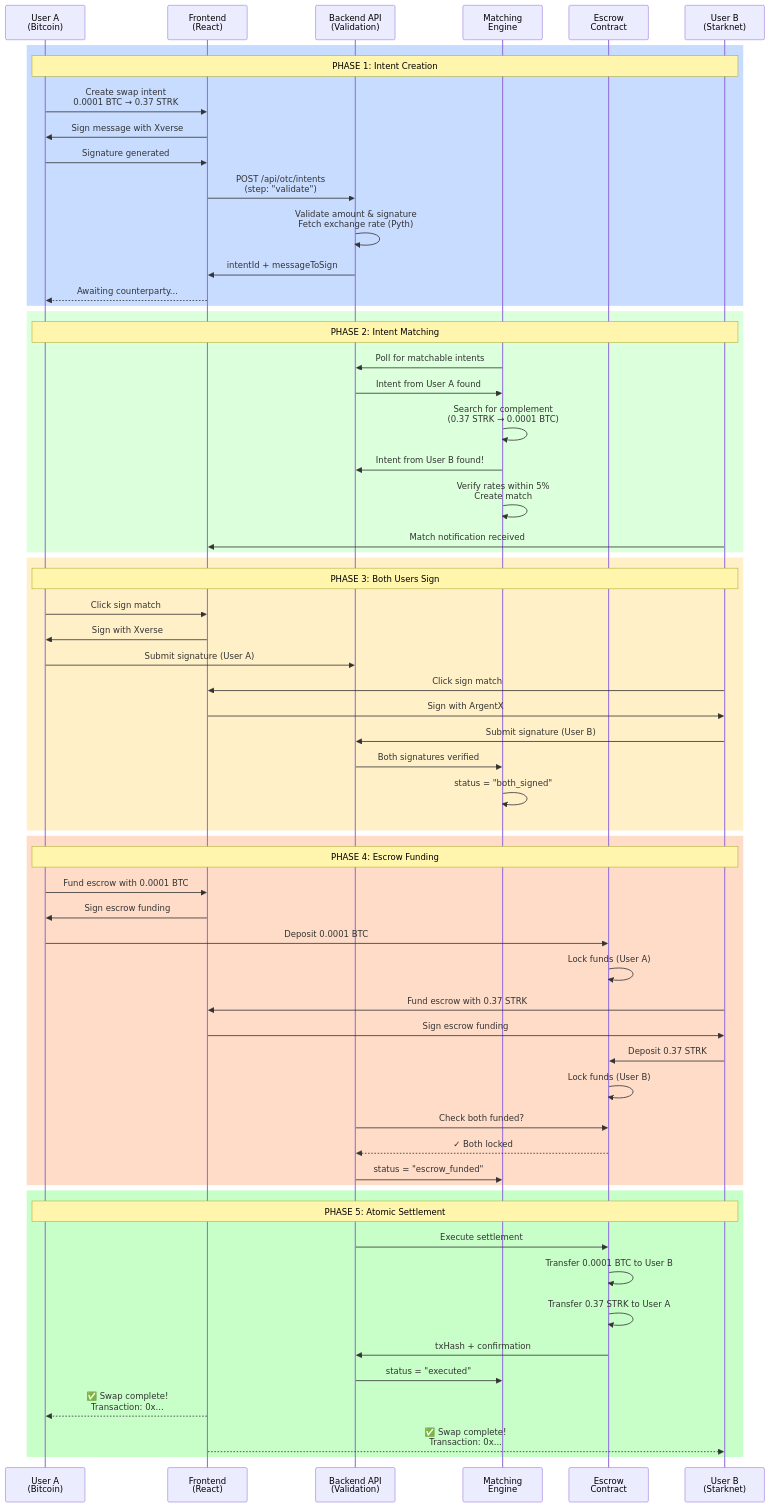
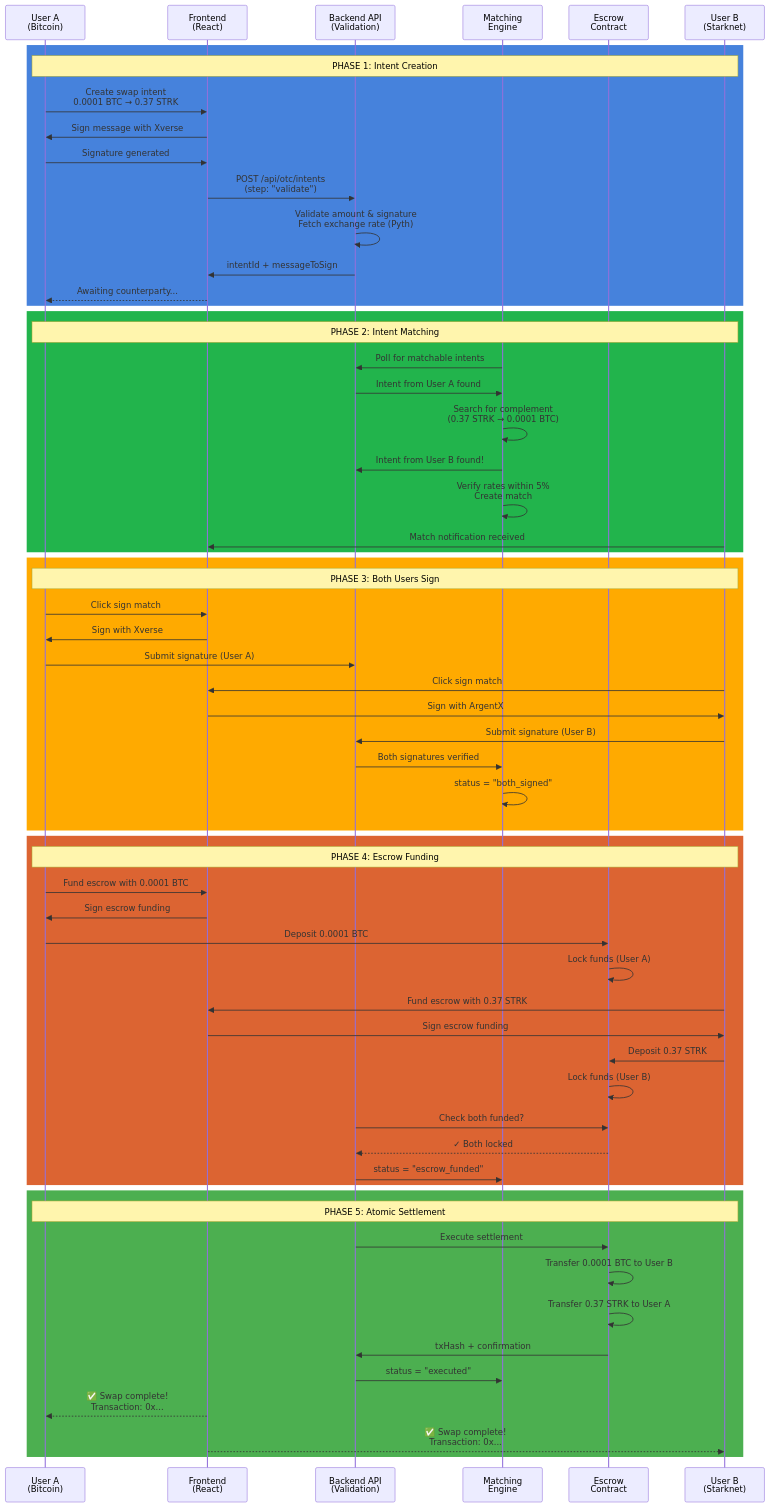
The first of 6 diagrams in README.md (AZAR2305/shadowflow-btc), drawn with Mermaid before and after one commit.

````diff
--- a/README.md
+++ b/README.md
@@ -459,73 +459,73 @@
 ```mermaid
 sequenceDiagram
     participant UA as User A<br/>(Bitcoin)
     participant FE as Frontend<br/>(React)
     participant API as Backend API<br/>(Validation)
     participant MATCH as Matching<br/>Engine
     participant SC as Escrow<br/>Contract
     participant UB as User B<br/>(Starknet)
 
-    rect rgb(200, 220, 255)
+    rect rgb(70, 130, 220)
     Note over UA,UB: PHASE 1: Intent Creation
     UA->>FE: Create swap intent<br/>0.0001 BTC → 0.37 STRK
     FE->>UA: Sign message with Xverse
     UA->>FE: Signature generated
     FE->>API: POST /api/otc/intents<br/>(step: "validate")
     API->>API: Validate amount & signature<br/>Fetch exchange rate (Pyth)
     API->>FE: intentId + messageToSign
     FE-->>UA: Awaiting counterparty...
     end
 
-    rect rgb(220, 255, 220)
+    rect rgb(34, 180, 76)
     Note over UA,UB: PHASE 2: Intent Matching
     MATCH->>API: Poll for matchable intents
     API->>MATCH: Intent from User A found
     MATCH->>MATCH: Search for complement<br/>(0.37 STRK → 0.0001 BTC)
     MATCH->>API: Intent from User B found!
     MATCH->>MATCH: Verify rates within 5%<br/>Create match
     UB->>FE: Match notification received
     end
 
-    rect rgb(255, 240, 200)
+    rect rgb(255, 170, 0)
     Note over UA,UB: PHASE 3: Both Users Sign
     UA->>FE: Click sign match
     FE->>UA: Sign with Xverse
     UA->>API: Submit signature (User A)
     
     UB->>FE: Click sign match
     FE->>UB: Sign with ArgentX
     UB->>API: Submit signature (User B)
     
     API->>MATCH: Both signatures verified
     MATCH->>MATCH: status = "both_signed"
     end
 
-    rect rgb(255, 220, 200)
+    rect rgb(220, 100, 50)
     Note over UA,UB: PHASE 4: Escrow Funding
     UA->>FE: Fund escrow with 0.0001 BTC
     FE->>UA: Sign escrow funding
     UA->>SC: Deposit 0.0001 BTC
     SC->>SC: Lock funds (User A)
     
     UB->>FE: Fund escrow with 0.37 STRK
     FE->>UB: Sign escrow funding
     UB->>SC: Deposit 0.37 STRK
     SC->>SC: Lock funds (User B)
     
     API->>SC: Check both funded?
     SC-->>API: ✓ Both locked
     API->>MATCH: status = "escrow_funded"
     end
 
-    rect rgb(200, 255, 200)
+    rect rgb(76, 175, 80)
     Note over UA,UB: PHASE 5: Atomic Settlement
     API->>SC: Execute settlement
     SC->>SC: Transfer 0.0001 BTC to User B
     SC->>SC: Transfer 0.37 STRK to User A
     SC->>API: txHash + confirmation
     API->>MATCH: status = "executed"
     
     FE-->>UA: ✅ Swap complete!<br/>Transaction: 0x...
     FE-->>UB: ✅ Swap complete!<br/>Transaction: 0x...
     end
 ```
````
